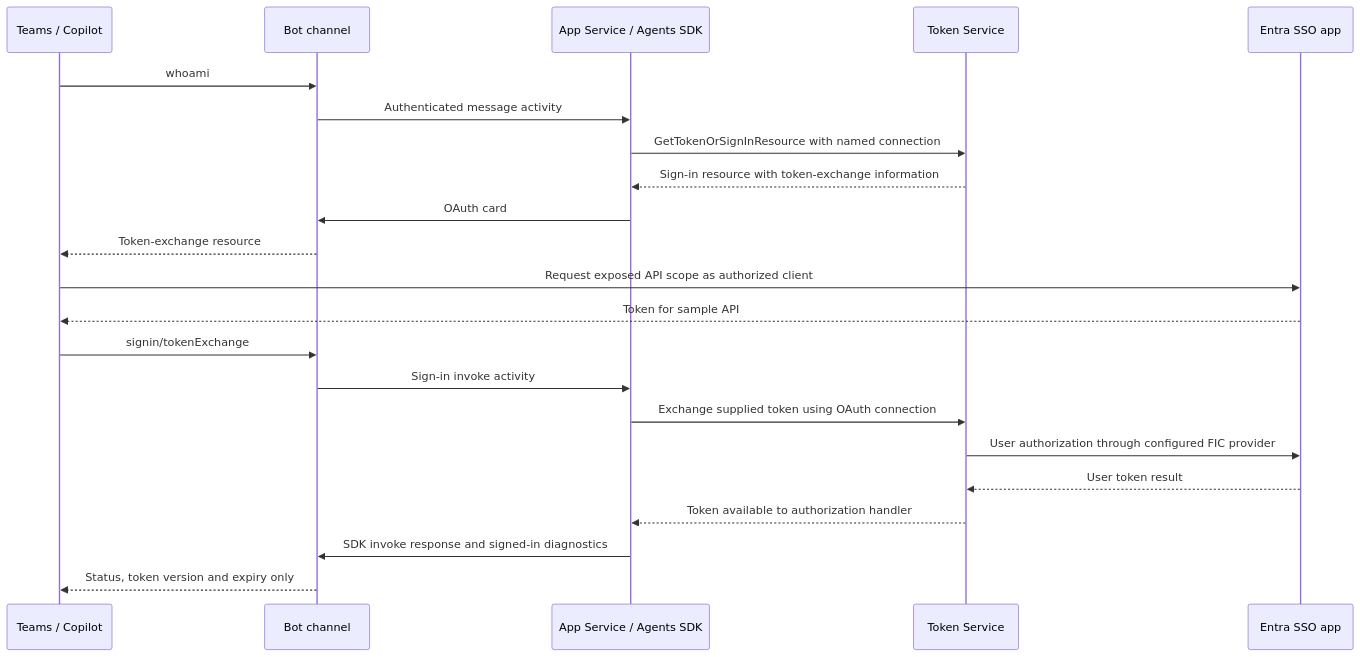
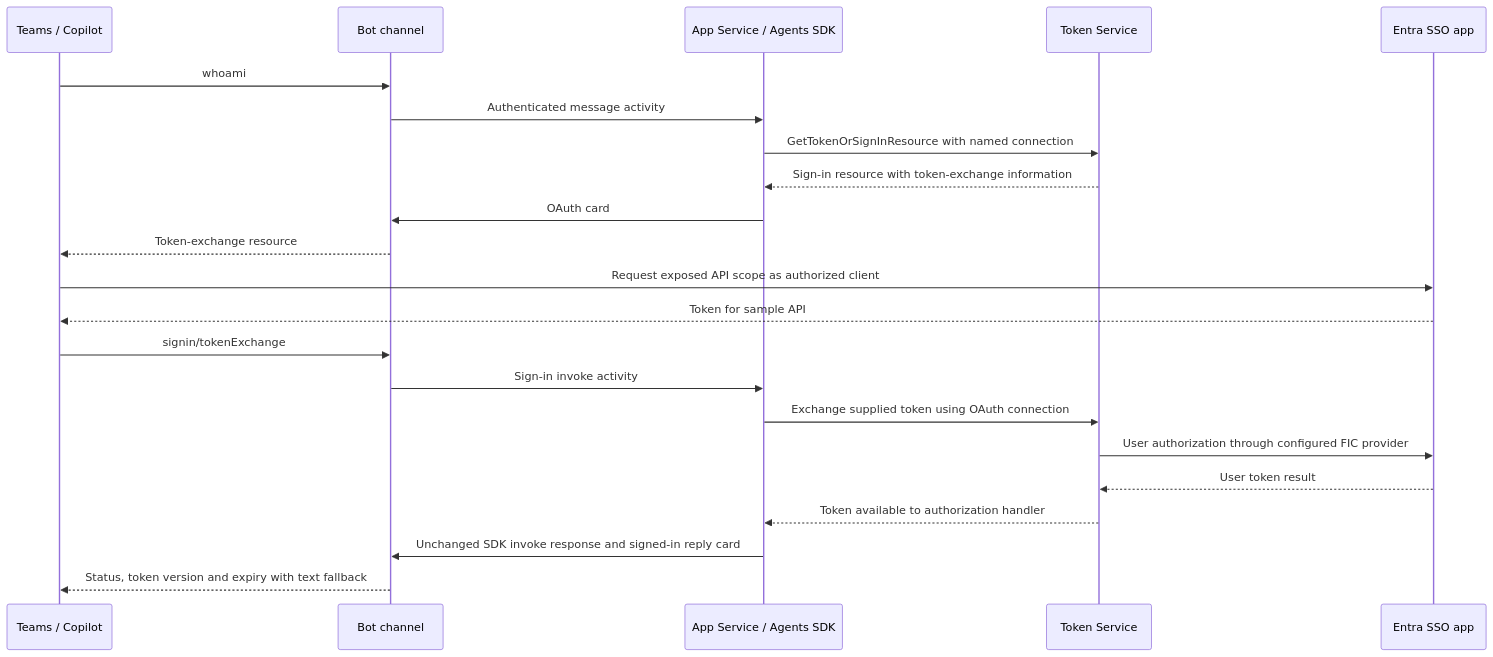
One commit to san360/teams-sso-oauth changed the second of 3 diagrams in docs/ARCHITECTURE.md. Above: the diagram before and after it, drawn with Mermaid. The commit also changed other lines of this file and 9 other files, not shown here.

````diff
--- a/docs/ARCHITECTURE.md
+++ b/docs/ARCHITECTURE.md
@@ -51,24 +51,24 @@
 ```mermaid
 sequenceDiagram
     participant Client as Teams / Copilot
     participant Channel as Bot channel
     participant Agent as App Service / Agents SDK
     participant Store as Token Service
     participant Entra as Entra SSO app
     Client->>Channel: whoami
     Channel->>Agent: Authenticated message activity
     Agent->>Store: GetTokenOrSignInResource with named connection
     Store-->>Agent: Sign-in resource with token-exchange information
     Agent->>Channel: OAuth card
     Channel-->>Client: Token-exchange resource
     Client->>Entra: Request exposed API scope as authorized client
     Entra-->>Client: Token for sample API
     Client->>Channel: signin/tokenExchange
     Channel->>Agent: Sign-in invoke activity
     Agent->>Store: Exchange supplied token using OAuth connection
     Store->>Entra: User authorization through configured FIC provider
     Entra-->>Store: User token result
     Store-->>Agent: Token available to authorization handler
-    Agent->>Channel: SDK invoke response and signed-in diagnostics
-    Channel-->>Client: Status, token version and expiry only
+    Agent->>Channel: Unchanged SDK invoke response and signed-in reply card
+    Channel-->>Client: Status, token version and expiry with text fallback
 ```
````
